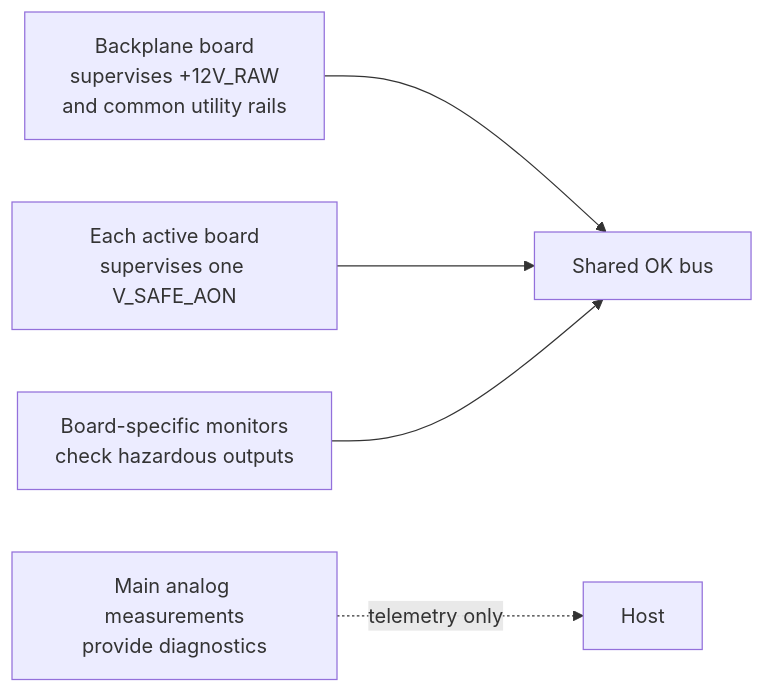
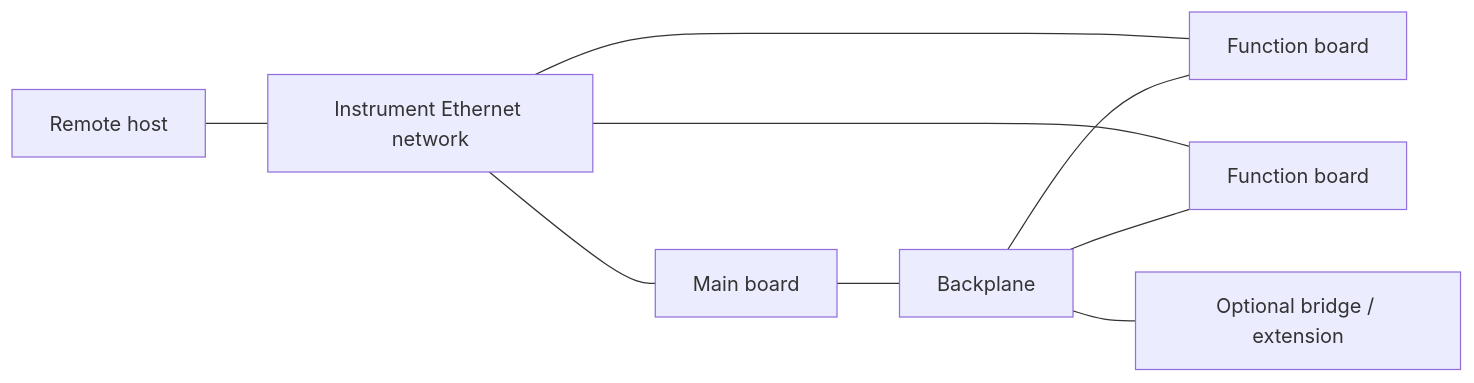
The diagram in integration/system_concept_guide.md (bcancinov/mdc-architecture), drawn with Mermaid before and after one commit. The commit also changed other lines of this file and 11 other files, not shown here.

Commit message:
simplify architecture specifications

````diff
--- a/integration/system_concept_guide.md
+++ b/integration/system_concept_guide.md
@@ -192,7 +37,11 @@
 ```mermaid
 flowchart LR
-    BP["Backplane board\nsupervises +12V_RAW\nand common utility rails"] --> OK["Shared OK bus"]
-    VS["Each active board\nsupervises one V_SAFE_AON"] --> OK
-    FN["Board-specific monitors\ncheck hazardous outputs"] --> OK
-    MAIN["Main analog measurements\nprovide diagnostics"] -. "telemetry only" .-> HOST["Host"]
+    HOST["Remote host"] --- NET["Instrument Ethernet network"]
+    NET --- MAIN["Main board"]
+    NET --- F1["Function board"]
+    NET --- FN["Function board"]
+    MAIN --- BP["Backplane"]
+    BP --- F1
+    BP --- FN
+    BP --- BR["Optional bridge / extension"]
 ```
````
